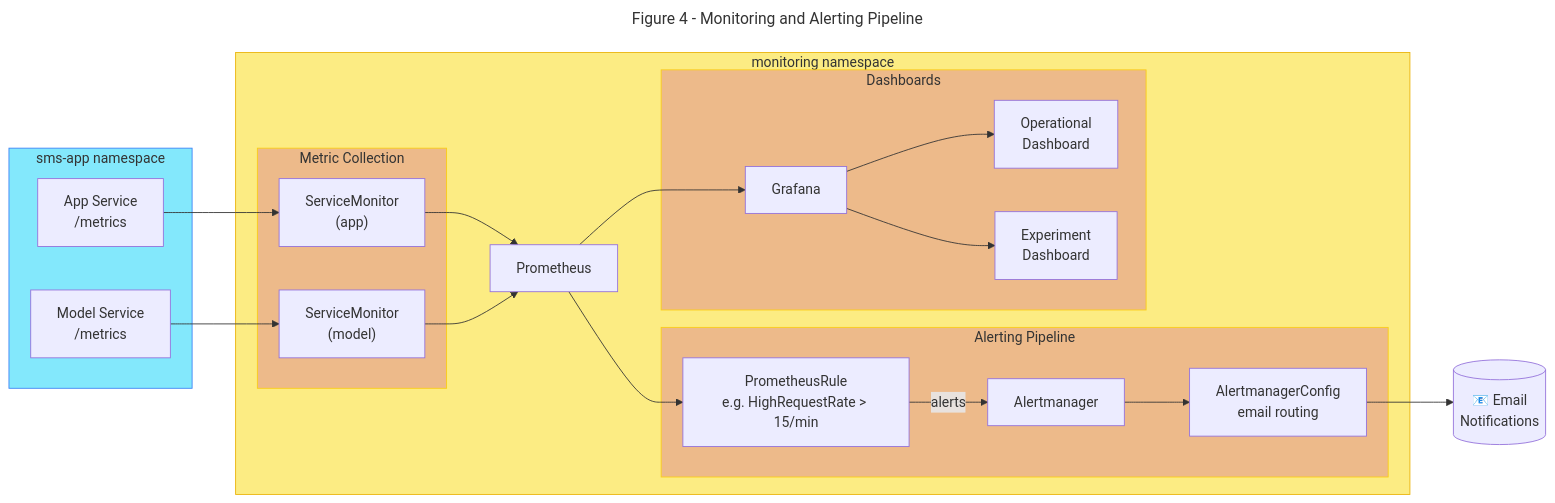
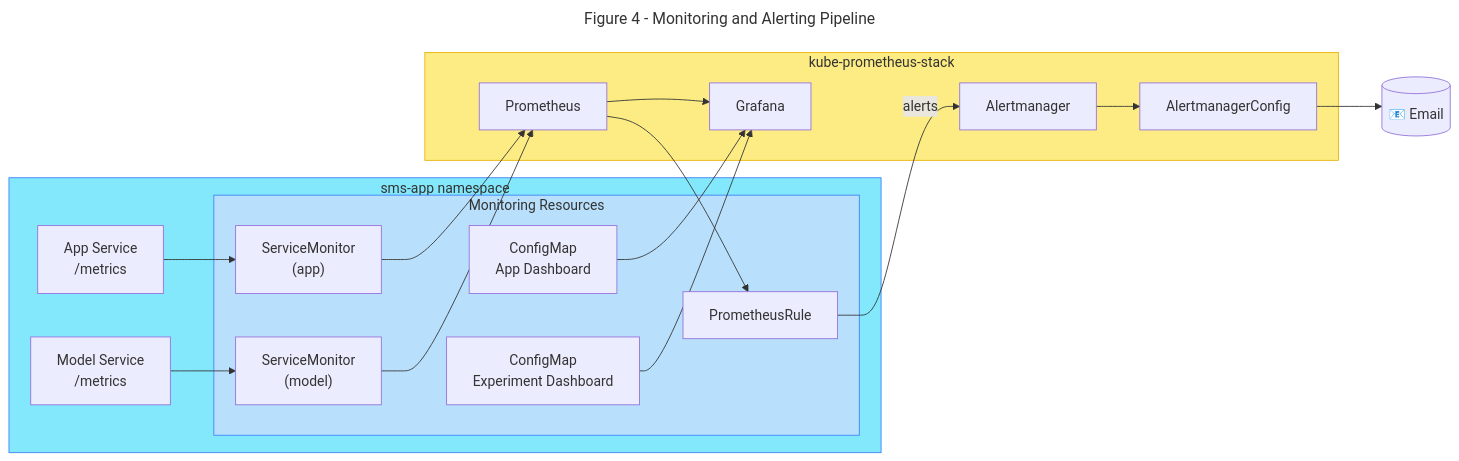
One commit to doda2025-team17/operation changed the fourth of 4 diagrams in docs/deployment.md. Above: the diagram before and after it, drawn with Mermaid. The commit also changed other lines of this file, not shown here.

````diff
--- a/docs/deployment.md
+++ b/docs/deployment.md
@@ -565,53 +671,45 @@
 ```mermaid
 ---
 title: Figure 4 - Monitoring and Alerting Pipeline
 ---
 flowchart LR
     subgraph sms-app["sms-app namespace"]
         App["App Service<br/>/metrics"]
         Model["Model Service<br/>/metrics"]
-    end
 
-    subgraph monitoring["monitoring namespace"]
-        subgraph scraping["Metric Collection"]
+        subgraph mon-resources["Monitoring Resources"]
             SM1["ServiceMonitor<br/>(app)"]
             SM2["ServiceMonitor<br/>(model)"]
-        end
-
-        Prom["Prometheus"]
-
-        subgraph alerting["Alerting Pipeline"]
-            PR["PrometheusRule<br/>e.g. HighRequestRate > 15/min"]
-            AM["Alertmanager"]
-            AMC["AlertmanagerConfig<br/>email routing"]
-        end
-
-        subgraph visualization["Dashboards"]
-            Grafana["Grafana"]
-            D1["Operational<br/>Dashboard"]
-            D2["Experiment<br/>Dashboard"]
+            PR["PrometheusRule"]
+            GD1["ConfigMap<br/>App Dashboard"]
+            GD2["ConfigMap<br/>Experiment Dashboard"]
         end
     end
 
-    Email[("📧 Email<br/>Notifications")]
+    subgraph prom-stack["kube-prometheus-stack"]
+        Prom["Prometheus"]
+        AM["Alertmanager"]
+        AMC["AlertmanagerConfig"]
+        Grafana["Grafana"]
+    end
+
+    Email[("📧 Email")]
 
     App --> SM1
     Model --> SM2
     SM1 --> Prom
     SM2 --> Prom
 
     Prom --> PR
     PR -->|"alerts"| AM
     AM --> AMC
     AMC --> Email
 
     Prom --> Grafana
-    Grafana --> D1
-    Grafana --> D2
+    GD1 --> Grafana
+    GD2 --> Grafana
 
     style sms-app fill:#83e8fc,stroke:#3b82f6
-    style monitoring fill:#fcec83,stroke:#eab308
-    style scraping fill:#edba8a,stroke:#facc15
-    style alerting fill:#edba8a,stroke:#facc15
-    style visualization fill:#edba8a,stroke:#facc15
+    style prom-stack fill:#fcec83,stroke:#eab308
+    style mon-resources fill:#b8e0fc,stroke:#3b82f6
 ```
````
